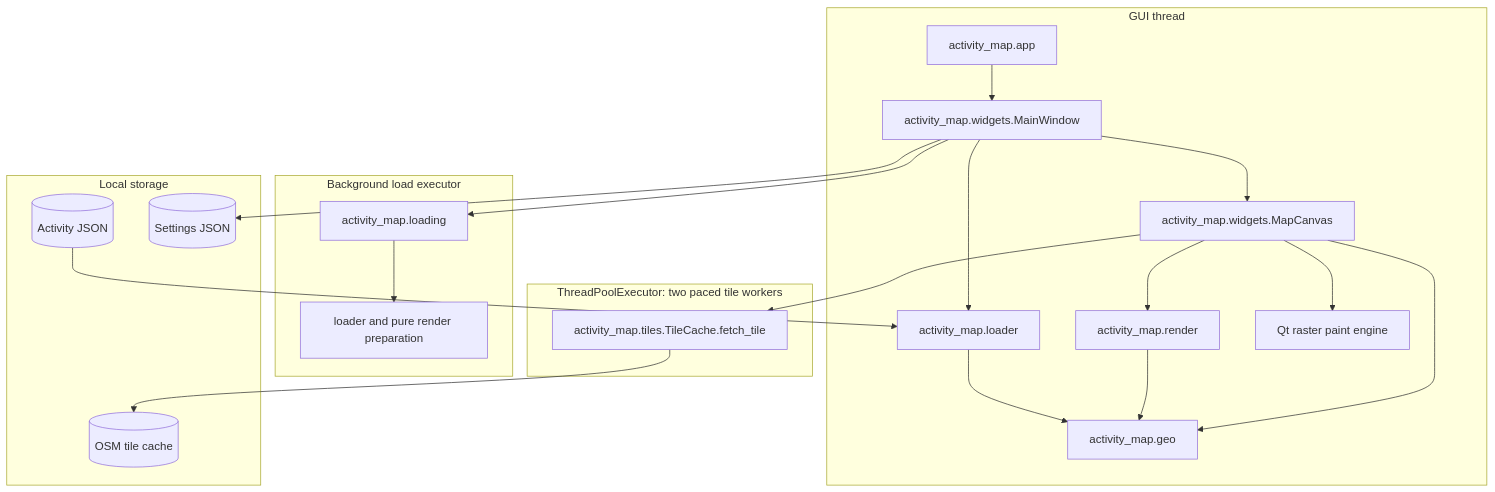
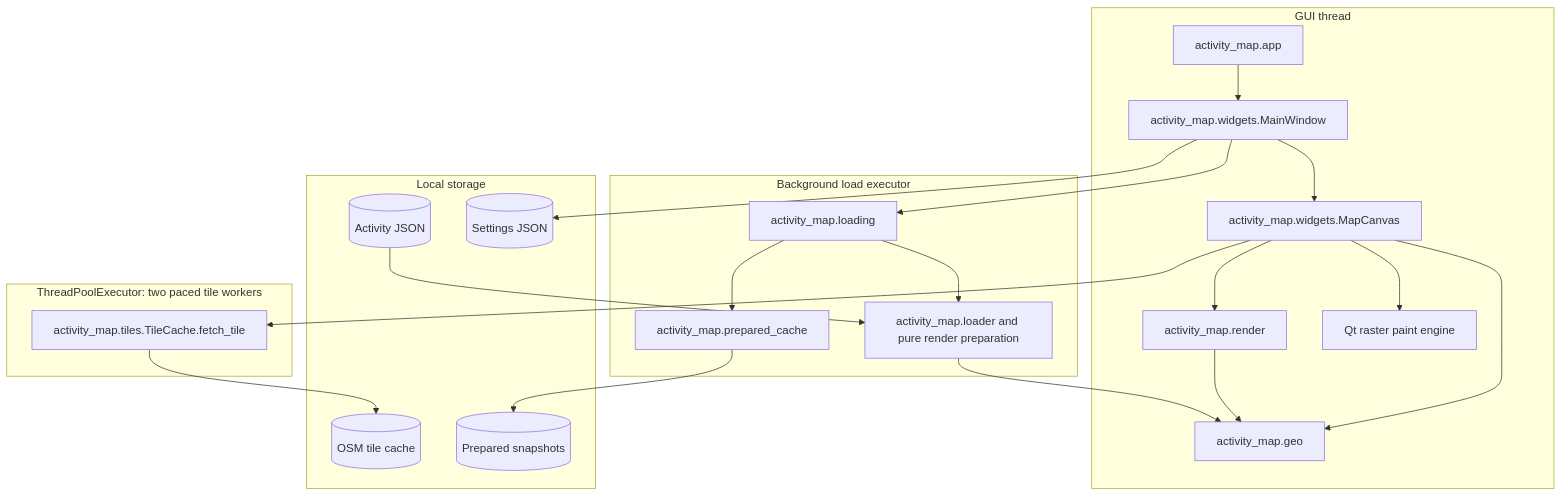
One commit to marcelpetrick/GarminActivityMap changed the third of 3 diagrams in documents/data_flow.md. Above: the diagram before and after it, drawn with Mermaid. The commit also changed other lines of this file and 4 other files, not shown here.

First line of the commit message:
docs(data-flow): describe the current batched loading and LOD pipeline

````diff
--- a/documents/data_flow.md
+++ b/documents/data_flow.md
@@ -142,42 +145,44 @@
 ```mermaid
 flowchart TB
   subgraph GUI["GUI thread"]
     APP[activity_map.app]
     W[activity_map.widgets.MainWindow]
     C[activity_map.widgets.MapCanvas]
-    L[activity_map.loader]
     R[activity_map.render]
     G[activity_map.geo]
     Q[Qt raster paint engine]
   end
 
   subgraph WORKERS["ThreadPoolExecutor: two paced tile workers"]
     TC[activity_map.tiles.TileCache.fetch_tile]
   end
 
   subgraph LOAD["Background load executor"]
     LC[activity_map.loading]
-    LP[loader and pure render preparation]
+    LP[activity_map.loader and pure render preparation]
+    PCM[activity_map.prepared_cache]
   end
 
   subgraph STORAGE["Local storage"]
     J[(Activity JSON)]
     TI[(OSM tile cache)]
     ST[(Settings JSON)]
+    PS[(Prepared snapshots)]
   end
 
   APP --> W
-  W --> L
   W --> LC
   LC --> LP
-  J --> L
+  LC --> PCM
+  PCM --> PS
+  J --> LP
   W --> C
   C --> R
-  L --> G
+  LP --> G
   R --> G
   C --> G
   C --> Q
   C --> TC
   TC --> TI
   W --> ST
 ```
````
